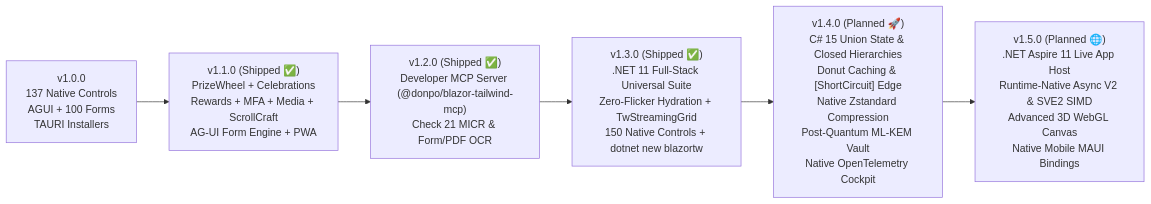
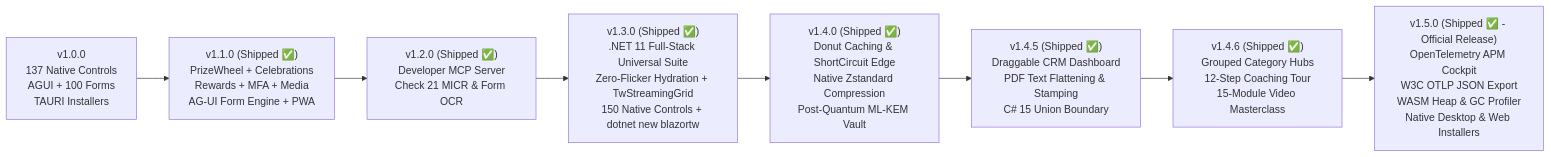
One commit to donpotts/BlazorTailwindUI changed the diagram in docs/ROADMAP.md. Above: the diagram before and after it, drawn with Mermaid. The commit also changed other lines of this file and 18 other files, not shown here.

````diff
--- a/docs/ROADMAP.md
+++ b/docs/ROADMAP.md
@@ -608,8 +688,10 @@
 ```mermaid
 flowchart LR
-    A["v1.0.0<br/>137 Native Controls<br/>AGUI + 100 Forms<br/>TAURI Installers"] --> B["v1.1.0 (Shipped ✅)<br/>PrizeWheel + Celebrations<br/>Rewards + MFA + Media + ScrollCraft<br/>AG-UI Form Engine + PWA"]
-    B --> C["v1.2.0 (Shipped ✅)<br/>Developer MCP Server (@donpo/blazor-tailwind-mcp)<br/>Check 21 MICR & Form/PDF OCR"]
+    A["v1.0.0<br/>137 Native Controls<br/>AGUI + 100 Forms<br/>TAURI Installers"] --> B["v1.1.0 (Shipped ✅)<br/>PrizeWheel + Celebrations<br/>Rewards + MFA + Media<br/>AG-UI Form Engine + PWA"]
+    B --> C["v1.2.0 (Shipped ✅)<br/>Developer MCP Server<br/>Check 21 MICR & Form OCR"]
     C --> D["v1.3.0 (Shipped ✅)<br/>.NET 11 Full-Stack Universal Suite<br/>Zero-Flicker Hydration + TwStreamingGrid<br/>150 Native Controls + dotnet new blazortw"]
-    D --> E["v1.4.0 (Planned 🚀)<br/>C# 15 Union State & Closed Hierarchies<br/>Donut Caching & [ShortCircuit] Edge<br/>Native Zstandard Compression<br/>Post-Quantum ML-KEM Vault<br/>Native OpenTelemetry Cockpit"]
-    E --> F["v1.5.0 (Planned 🌐)<br/>.NET Aspire 11 Live App Host<br/>Runtime-Native Async V2 & SVE2 SIMD<br/>Advanced 3D WebGL Canvas<br/>Native Mobile MAUI Bindings"]
+    D --> E["v1.4.0 (Shipped ✅)<br/>Donut Caching & ShortCircuit Edge<br/>Native Zstandard Compression<br/>Post-Quantum ML-KEM Vault"]
+    E --> F["v1.4.5 (Shipped ✅)<br/>Draggable CRM Dashboard<br/>PDF Text Flattening & Stamping<br/>C# 15 Union Boundary"]
+    F --> G["v1.4.6 (Shipped ✅)<br/>Grouped Category Hubs<br/>12-Step Coaching Tour<br/>15-Module Video Masterclass"]
+    G --> H["v1.5.0 (Shipped ✅ - Official Release)<br/>OpenTelemetry APM Cockpit<br/>W3C OTLP JSON Export<br/>WASM Heap & GC Profiler<br/>Native Desktop & Web Installers"]
 ```
````
